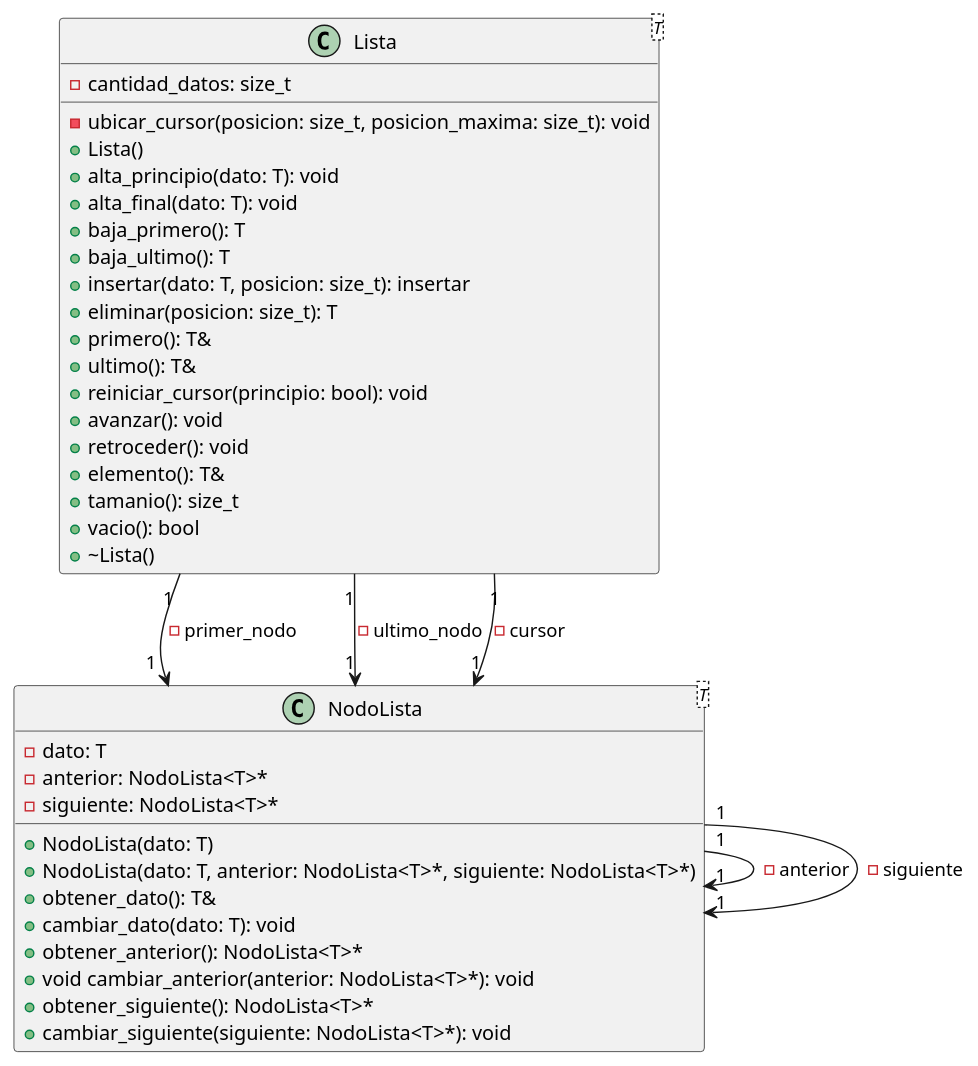
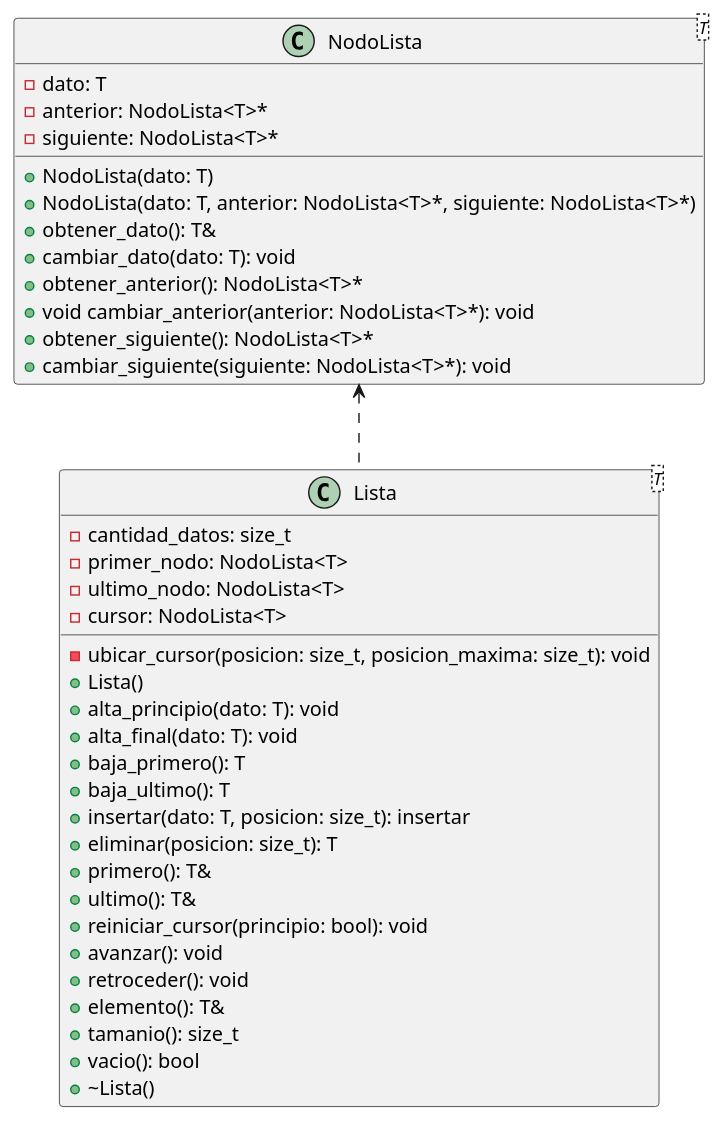
Before and after one commit to Tastor2k2/AYED-tpg-2c2024-compilados: the diagram in UML/Lista.puml, drawn with PlantUML.

Commit message:
cambio UML lista completo

```diff
--- a/UML/Lista.puml
+++ b/UML/Lista.puml
@@ -1,46 +1,45 @@
 @startuml
 
 class Lista<T> {
     - cantidad_datos: size_t
+    - primer_nodo: NodoLista<T>
+    - ultimo_nodo: NodoLista<T>
+    - cursor: NodoLista<T>
 
     - ubicar_cursor(posicion: size_t, posicion_maxima: size_t): void
     + Lista()
     + alta_principio(dato: T): void
     + alta_final(dato: T): void
     + baja_primero(): T
     + baja_ultimo(): T
     + insertar(dato: T, posicion: size_t): insertar
     + eliminar(posicion: size_t): T
     + primero(): T&
     + ultimo(): T&
     + reiniciar_cursor(principio: bool): void
     + avanzar(): void
     + retroceder(): void
     + elemento(): T&
     + tamanio(): size_t
     + vacio(): bool
     + ~Lista()
 }
 
 class NodoLista<T> {
     - dato: T
     - anterior: NodoLista<T>*
     - siguiente: NodoLista<T>*
 
     + NodoLista(dato: T)
     + NodoLista(dato: T, anterior: NodoLista<T>*, siguiente: NodoLista<T>*)
     + obtener_dato(): T&
     + cambiar_dato(dato: T): void
     + obtener_anterior(): NodoLista<T>*
     + void cambiar_anterior(anterior: NodoLista<T>*): void
     + obtener_siguiente(): NodoLista<T>*
     + cambiar_siguiente(siguiente: NodoLista<T>*): void
 }
 
-NodoLista "1" --> "1" NodoLista: -anterior
-NodoLista "1" --> "1" NodoLista: -siguiente
-Lista "1" --> "1" NodoLista: -primer_nodo
-Lista "1" --> "1" NodoLista: -ultimo_nodo
-Lista "1" --> "1" NodoLista: -cursor
+NodoLista <.. Lista
 
 @enduml
```
